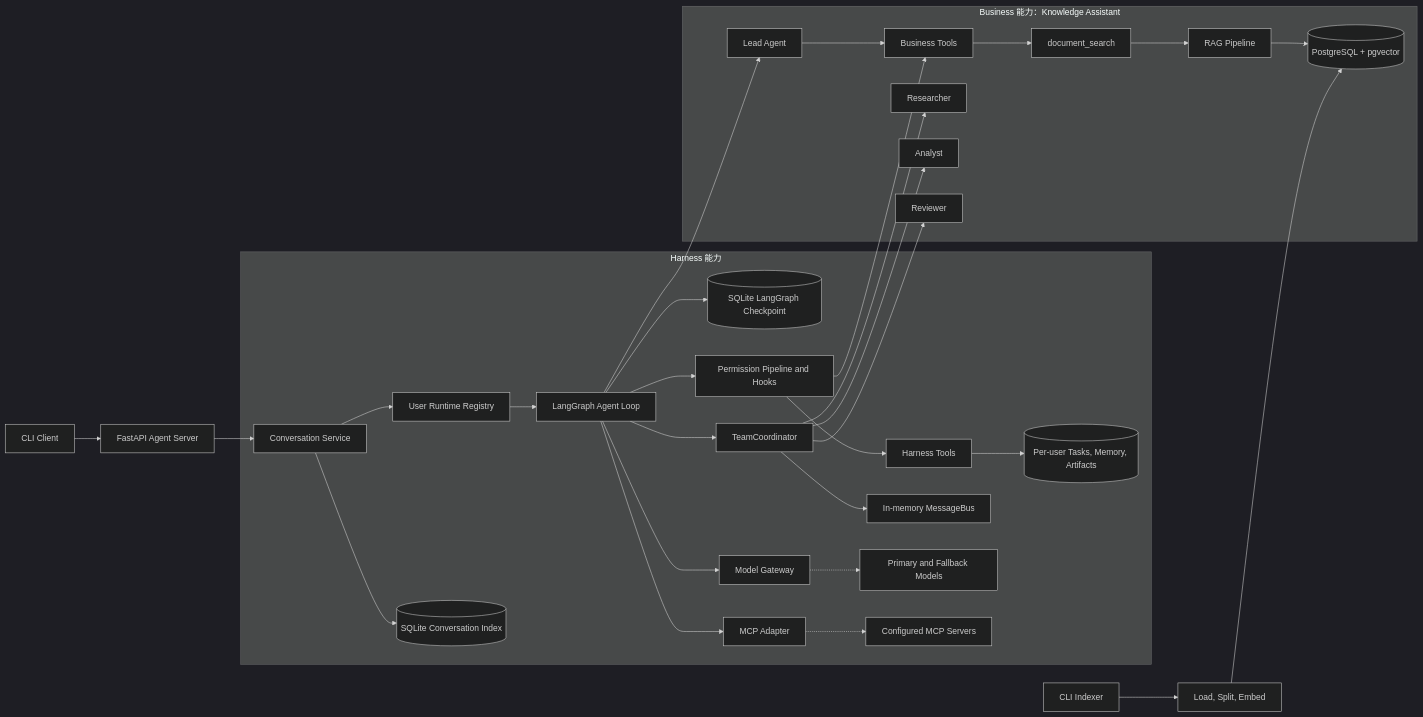
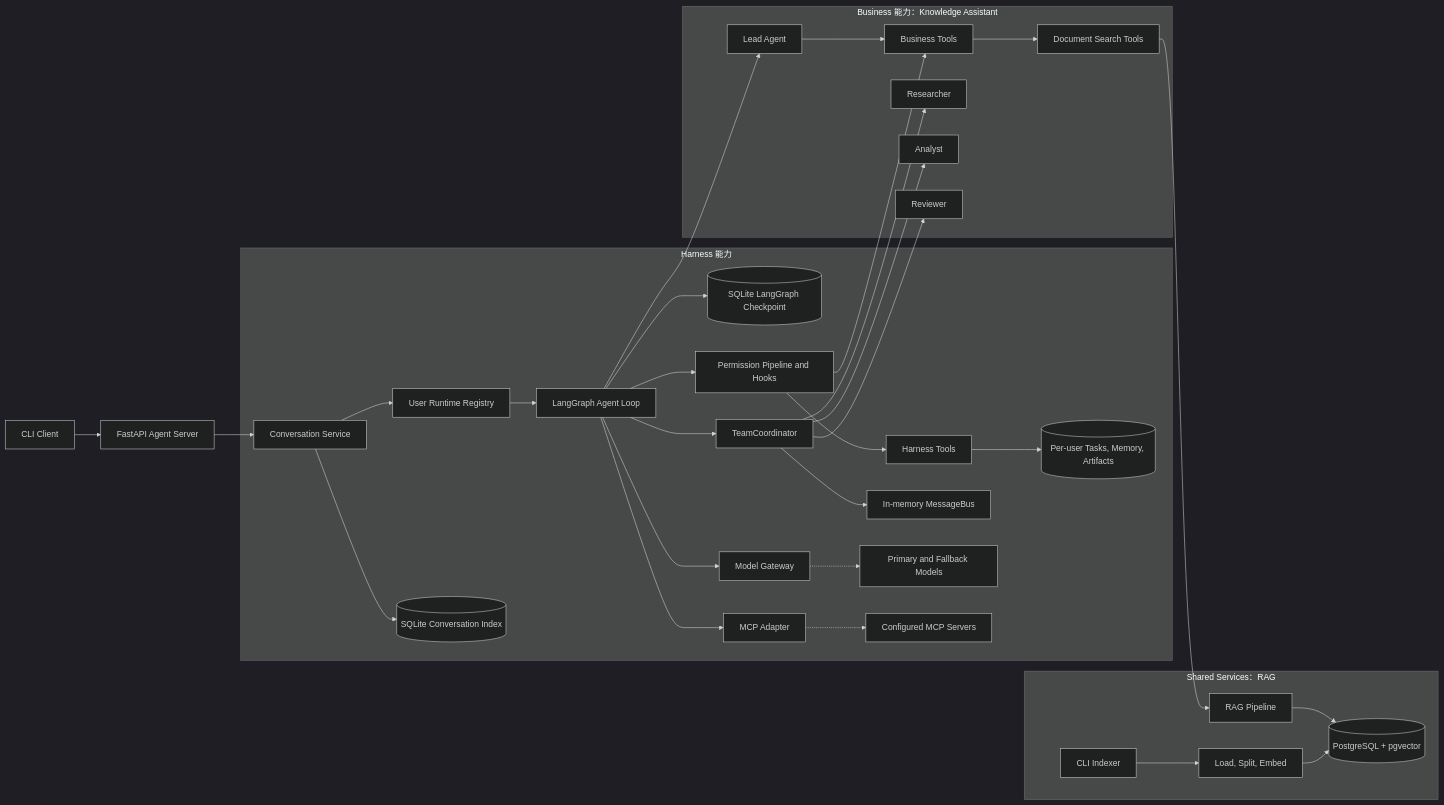
The diagram in README.md (misakisaysyes/Business-Agent-Harness), drawn with Mermaid (dark theme) before and after one commit.

Commit message:
docs: classify rag as shared service

````diff
--- a/README.md
+++ b/README.md
@@ -55,36 +55,39 @@
 ```mermaid
 flowchart LR
     cli["CLI Client"] --> api["FastAPI Agent Server"]
     api --> conversation["Conversation Service"]
-    indexer["CLI Indexer"] --> ingestion["Load, Split, Embed"]
-    ingestion --> vectorDb
 
     subgraph harness["Harness 能力"]
         conversation --> runtime["User Runtime Registry"]
         conversation --> conversationDb[("SQLite Conversation Index")]
         runtime --> agentLoop["LangGraph Agent Loop"]
         agentLoop --> checkpointDb[("SQLite LangGraph Checkpoint")]
         agentLoop --> permission["Permission Pipeline and Hooks"]
         permission --> harnessTools["Harness Tools"]
         harnessTools --> userStores[("Per-user Tasks, Memory, Artifacts")]
         agentLoop --> teamCoordinator["TeamCoordinator"]
         teamCoordinator --> messageBus["In-memory MessageBus"]
         agentLoop --> modelGateway["Model Gateway"]
         modelGateway -.-> modelProvider["Primary and Fallback Models"]
         agentLoop --> mcpAdapter["MCP Adapter"]
         mcpAdapter -.-> mcpServers["Configured MCP Servers"]
     end
 
     subgraph business["Business 能力：Knowledge Assistant"]
         agentLoop --> lead["Lead Agent"]
         lead --> businessTools["Business Tools"]
-        businessTools --> documentSearch["document_search"]
-        documentSearch --> ragPipeline["RAG Pipeline"]
-        ragPipeline --> vectorDb[("PostgreSQL + pgvector")]
+        businessTools --> documentSearch["Document Search Tools"]
         teamCoordinator --> researcher["Researcher"]
         teamCoordinator --> analyst["Analyst"]
         teamCoordinator --> reviewer["Reviewer"]
     end
 
     permission --> businessTools
+    documentSearch --> ragPipeline
+
+    subgraph shared["Shared Services：RAG"]
+        ragPipeline["RAG Pipeline"] --> vectorDb[("PostgreSQL + pgvector")]
+        indexer["CLI Indexer"] --> ingestion["Load, Split, Embed"]
+        ingestion --> vectorDb
+    end
 ```
````
